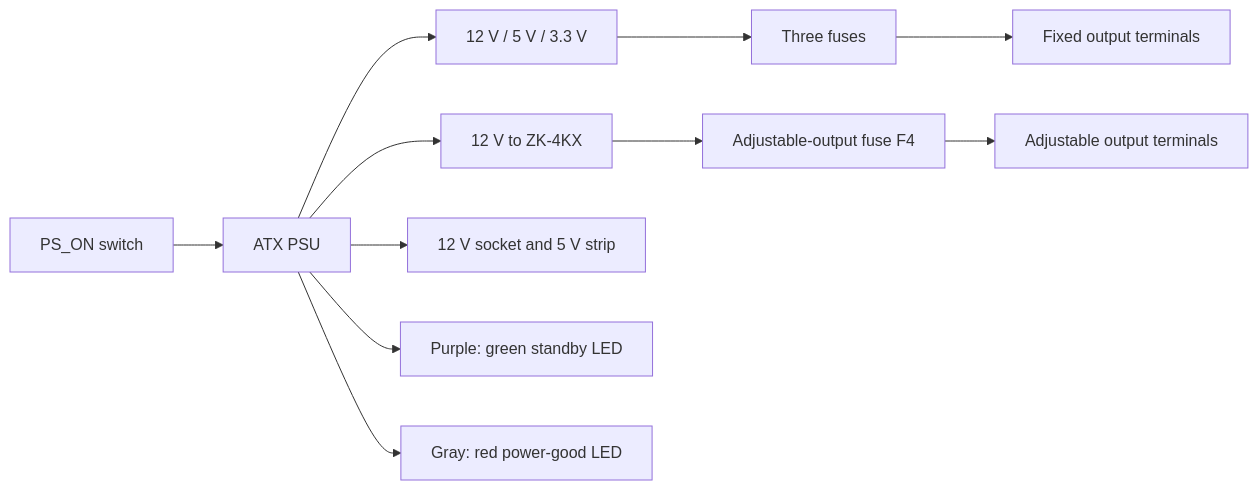
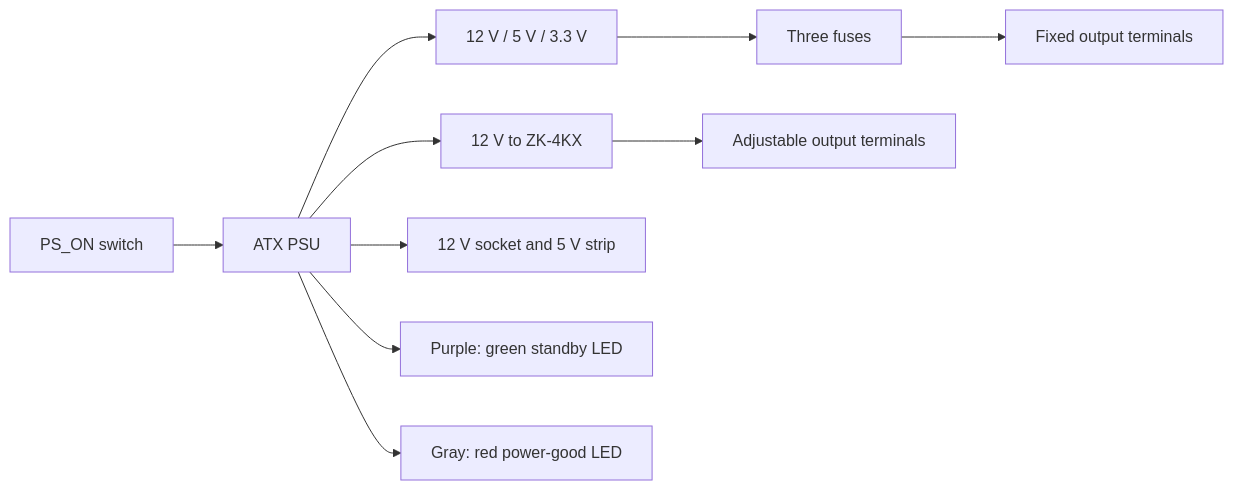
The diagram in README.md (masterchekla/ATX-PSU), drawn with Mermaid before and after one commit. The commit also changed other lines of this file, not shown here.

Commit message:
Correct fuse count

````diff
--- a/README.md
+++ b/README.md
@@ -42,13 +42,12 @@
 ```mermaid
 flowchart LR
     A[ATX PSU] --> B[12 V / 5 V / 3.3 V]
     B --> C[Three fuses]
     C --> D[Fixed output terminals]
     A --> E[12 V to ZK-4KX]
-    E --> K[Adjustable-output fuse F4]
-    K --> F[Adjustable output terminals]
+    E --> F[Adjustable output terminals]
     A --> G[12 V socket and 5 V strip]
     A --> H[Purple: green standby LED]
     A --> I[Gray: red power-good LED]
     J[PS_ON switch] --> A
 ```
````
